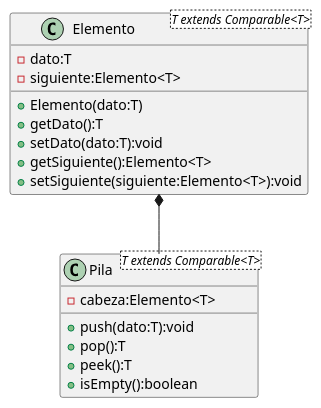
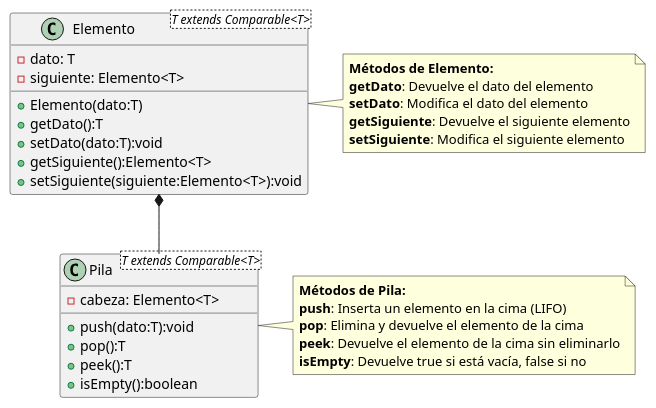
Before and after one commit to hugob-gl07/Estructura-Datos-Equipo: the diagram in src/EstructurasdeDatos/Pila/Diagrama Pila.puml, drawn with PlantUML. The commit also changed 12 other files, not shown here.

Commit message:
Cambios en los diagrama ULM

```diff
--- a/src/EstructurasdeDatos/Pila/Diagrama Pila.puml
+++ b/src/EstructurasdeDatos/Pila/Diagrama Pila.puml
@@ -1,19 +1,39 @@
 @startuml
-class Elemento<T extends Comparable<T>>{
-    - dato:T
-    - siguiente:Elemento<T>
+
+class Elemento<T extends Comparable<T>> {
+    - dato: T
+    - siguiente: Elemento<T>
     + Elemento(dato:T)
     + getDato():T
     + setDato(dato:T):void
     + getSiguiente():Elemento<T>
     + setSiguiente(siguiente:Elemento<T>):void
 }
-class Pila<T extends Comparable<T>>{
-    - cabeza:Elemento<T>
+
+class Pila<T extends Comparable<T>> {
+    - cabeza: Elemento<T>
     + push(dato:T):void
     + pop():T
     + peek():T
     + isEmpty():boolean
 }
+
 Elemento *-- Pila
+
+note right of Pila
+**Métodos de Pila:**
+**push**: Inserta un elemento en la cima (LIFO)
+**pop**: Elimina y devuelve el elemento de la cima
+**peek**: Devuelve el elemento de la cima sin eliminarlo
+**isEmpty**: Devuelve true si está vacía, false si no
+end note
+
+note right of Elemento
+**Métodos de Elemento:**
+**getDato**: Devuelve el dato del elemento
+**setDato**: Modifica el dato del elemento
+**getSiguiente**: Devuelve el siguiente elemento
+**setSiguiente**: Modifica el siguiente elemento
+end note
+
 @enduml
```
